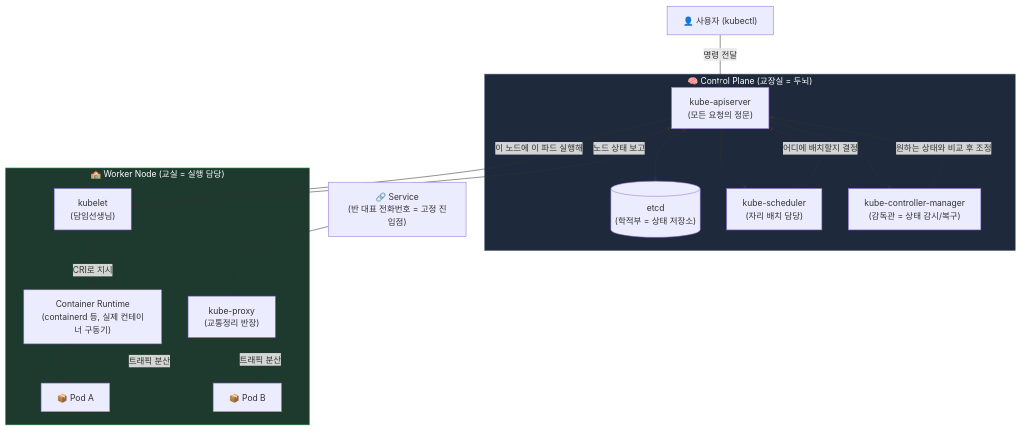
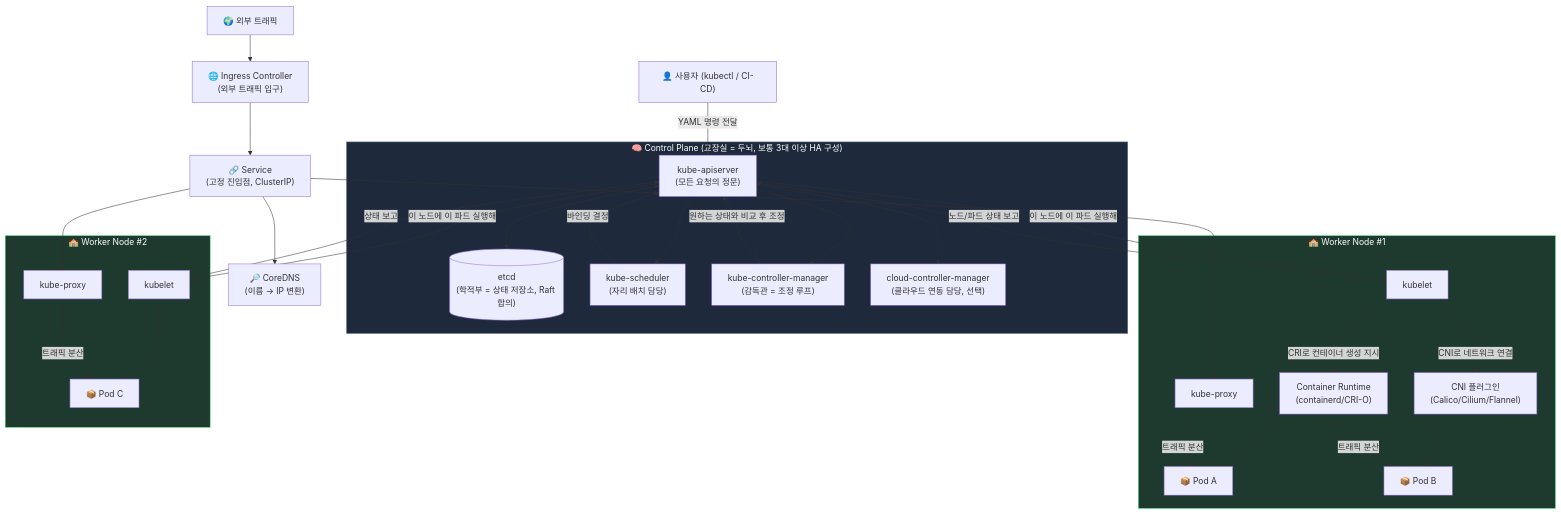
Before and after one commit to gunhaa/QnA: the first of 3 diagrams in kubernetes/kubernetes-architecture-diagram.md, drawn with Mermaid. The commit also changed other lines of this file and 4 other files, not shown here.

````diff
--- a/kubernetes/kubernetes-architecture-diagram.md
+++ b/kubernetes/kubernetes-architecture-diagram.md
@@ -5,39 +7,61 @@
 ```mermaid
 flowchart TB
-    User["👤 사용자 (kubectl)"] -->|"명령 전달"| API
+    User["👤 사용자 (kubectl / CI-CD)"] -->|"YAML 명령 전달"| API
 
-    subgraph CP["🧠 Control Plane (교장실 = 두뇌)"]
+    subgraph CP["🧠 Control Plane (교장실 = 두뇌, 보통 3대 이상 HA 구성)"]
         API["kube-apiserver<br/>(모든 요청의 정문)"]
-        ETCD[("etcd<br/>(학적부 = 상태 저장소)")]
+        ETCD[("etcd<br/>(학적부 = 상태 저장소, Raft 합의)")]
         SCHED["kube-scheduler<br/>(자리 배치 담당)"]
-        CM["kube-controller-manager<br/>(감독관 = 상태 감시/복구)"]
+        CM["kube-controller-manager<br/>(감독관 = 조정 루프)"]
+        CCM["cloud-controller-manager<br/>(클라우드 연동 담당, 선택)"]
 
         API <--> ETCD
         API --> SCHED
         API --> CM
-        SCHED -->|"어디에 배치할지 결정"| API
+        API --> CCM
+        SCHED -->|"바인딩 결정"| API
         CM -->|"원하는 상태와 비교 후 조정"| API
     end
 
-    subgraph WN["🏫 Worker Node (교실 = 실행 담당)"]
-        KUBELET["kubelet<br/>(담임선생님)"]
-        PROXY["kube-proxy<br/>(교통정리 반장)"]
-        CRI["Container Runtime<br/>(containerd 등, 실제 컨테이너 구동기)"]
+    subgraph WN1["🏫 Worker Node #1"]
+        KUBELET1["kubelet"]
+        PROXY1["kube-proxy"]
+        CRI1["Container Runtime<br/>(containerd/CRI-O)"]
+        CNI1["CNI 플러그인<br/>(Calico/Cilium/Flannel)"]
         POD1["📦 Pod A"]
         POD2["📦 Pod B"]
 
-        KUBELET -->|"CRI로 지시"| CRI
-        CRI --> POD1
-        CRI --> POD2
-        KUBELET -->|"노드 상태 보고"| API
+        KUBELET1 -->|"CRI로 컨테이너 생성 지시"| CRI1
+        KUBELET1 -->|"CNI로 네트워크 연결"| CNI1
+        CRI1 --> POD1
+        CRI1 --> POD2
+        KUBELET1 -->|"노드/파드 상태 보고"| API
     end
 
-    API -->|"이 노드에 이 파드 실행해"| KUBELET
+    subgraph WN2["🏫 Worker Node #2"]
+        KUBELET2["kubelet"]
+        PROXY2["kube-proxy"]
+        POD3["📦 Pod C"]
+        KUBELET2 --> POD3
+        KUBELET2 -->|"상태 보고"| API
+    end
 
-    SVC["🔗 Service<br/>(반 대표 전화번호 = 고정 진입점)"] --> PROXY
-    PROXY -->|"트래픽 분산"| POD1
-    PROXY -->|"트래픽 분산"| POD2
+    API -->|"이 노드에 이 파드 실행해"| KUBELET1
+    API -->|"이 노드에 이 파드 실행해"| KUBELET2
+
+    DNS["🔎 CoreDNS<br/>(이름 → IP 변환)"]
+    SVC["🔗 Service<br/>(고정 진입점, ClusterIP)"]
+    ING["🌐 Ingress Controller<br/>(외부 트래픽 입구)"]
+
+    Internet["🌍 외부 트래픽"] --> ING --> SVC
+    SVC --> DNS
+    SVC --> PROXY1
+    SVC --> PROXY2
+    PROXY1 -->|"트래픽 분산"| POD1
+    PROXY1 -->|"트래픽 분산"| POD2
+    PROXY2 -->|"트래픽 분산"| POD3
 
     style CP fill:#1e293b,stroke:#64748b,color:#fff
-    style WN fill:#1e3a2f,stroke:#4ade80,color:#fff
+    style WN1 fill:#1e3a2f,stroke:#4ade80,color:#fff
+    style WN2 fill:#1e3a2f,stroke:#4ade80,color:#fff
 ```
````
